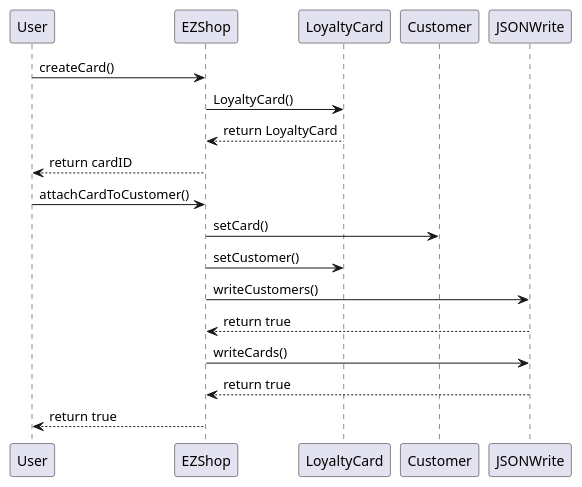
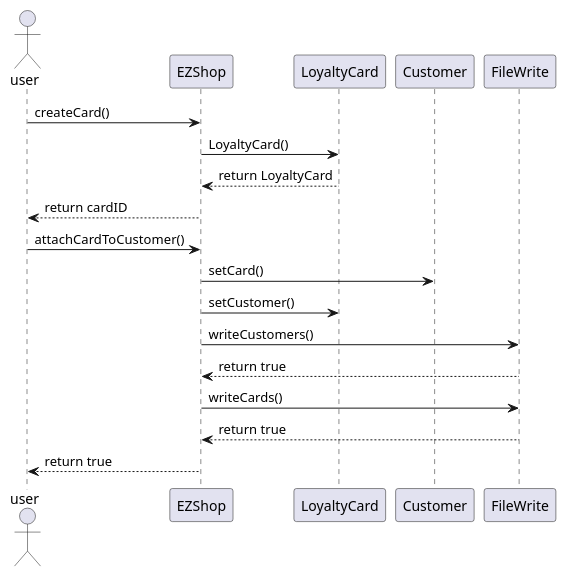
Diagram 13 of 28 in Deliverables/DesignDocument.md (giuseppesalvi/ezshop), drawn with PlantUML before and after one commit. The commit also changed other lines of this file, not shown here.

Commit message:
Update DesignDocument.md: sequence diagram, class diagram, package diagram

````diff
--- a/Deliverables/DesignDocument.md
+++ b/Deliverables/DesignDocument.md
@@ -441,22 +447,21 @@
 ```plantuml
 @startuml
-participant User
+actor user
 participant EZShop
 participant LoyaltyCard
 participant Customer
-participant JSONWrite
-
-User -> EZShop : createCard()
+participant FileWrite
+user -> EZShop : createCard()
 EZShop -> LoyaltyCard : LoyaltyCard()
 EZShop <-- LoyaltyCard : return LoyaltyCard
-User <-- EZShop : return cardID
-User -> EZShop : attachCardToCustomer()
+user <-- EZShop : return cardID
+user -> EZShop : attachCardToCustomer()
 EZShop -> Customer : setCard()
 EZShop -> LoyaltyCard : setCustomer()
-EZShop -> JSONWrite : writeCustomers()
-EZShop <-- JSONWrite : return true
-EZShop -> JSONWrite : writeCards()
-EZShop <-- JSONWrite : return true
-User <-- EZShop : return true
+EZShop -> FileWrite : writeCustomers()
+EZShop <-- FileWrite : return true
+EZShop -> FileWrite : writeCards()
+EZShop <-- FileWrite : return true
+user <-- EZShop : return true
 @enduml
 ```
````
